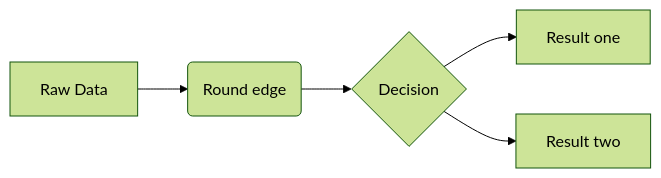
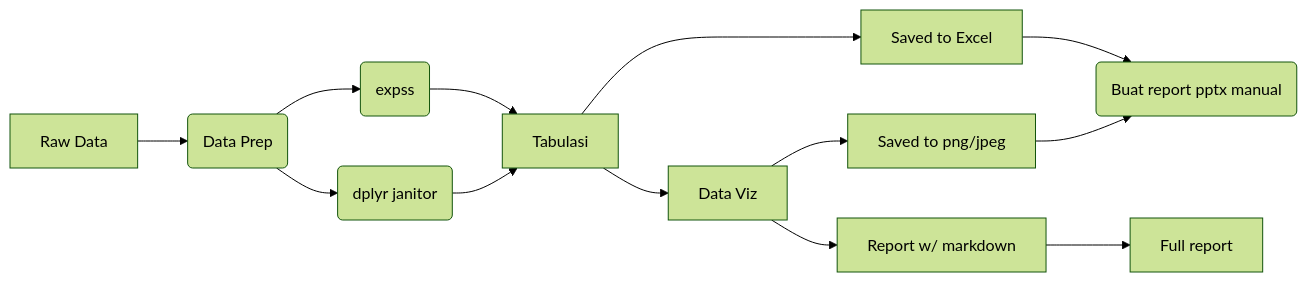
The diagram in LEFO Market Research/LEFO MR 2024/Quarto dan Epoxy/draft.qmd (ikanx101/Live-Session-Nutrifood-R), drawn with Mermaid (forest theme) before and after one commit. The commit also changed other lines of this file and 6 other files, not shown here.

````diff
--- a/LEFO Market Research/LEFO MR 2024/Quarto dan Epoxy/draft.qmd
+++ b/LEFO Market Research/LEFO MR 2024/Quarto dan Epoxy/draft.qmd
@@ -458,7 +53,16 @@
 ```{mermaid}
+%%| echo: false
 flowchart LR
-  A[Raw Data] --> B(Round edge)
-  B --> C{Decision}
-  C --> D[Result one]
-  C --> E[Result two]
+  A[Raw Data] --> B(Data Prep)
+  B --> C(expss)
+  B --> D(dplyr janitor)
+  C --> E[Tabulasi]
+  D --> E
+  E --> F[Saved to Excel]
+  E --> G[Data Viz]
+  G --> H[Saved to png/jpeg]
+  G --> I[Report w/ markdown]
+  I --> J[Full report]
+  F --> K(Buat report pptx manual)
+  H --> K
 ```
````
